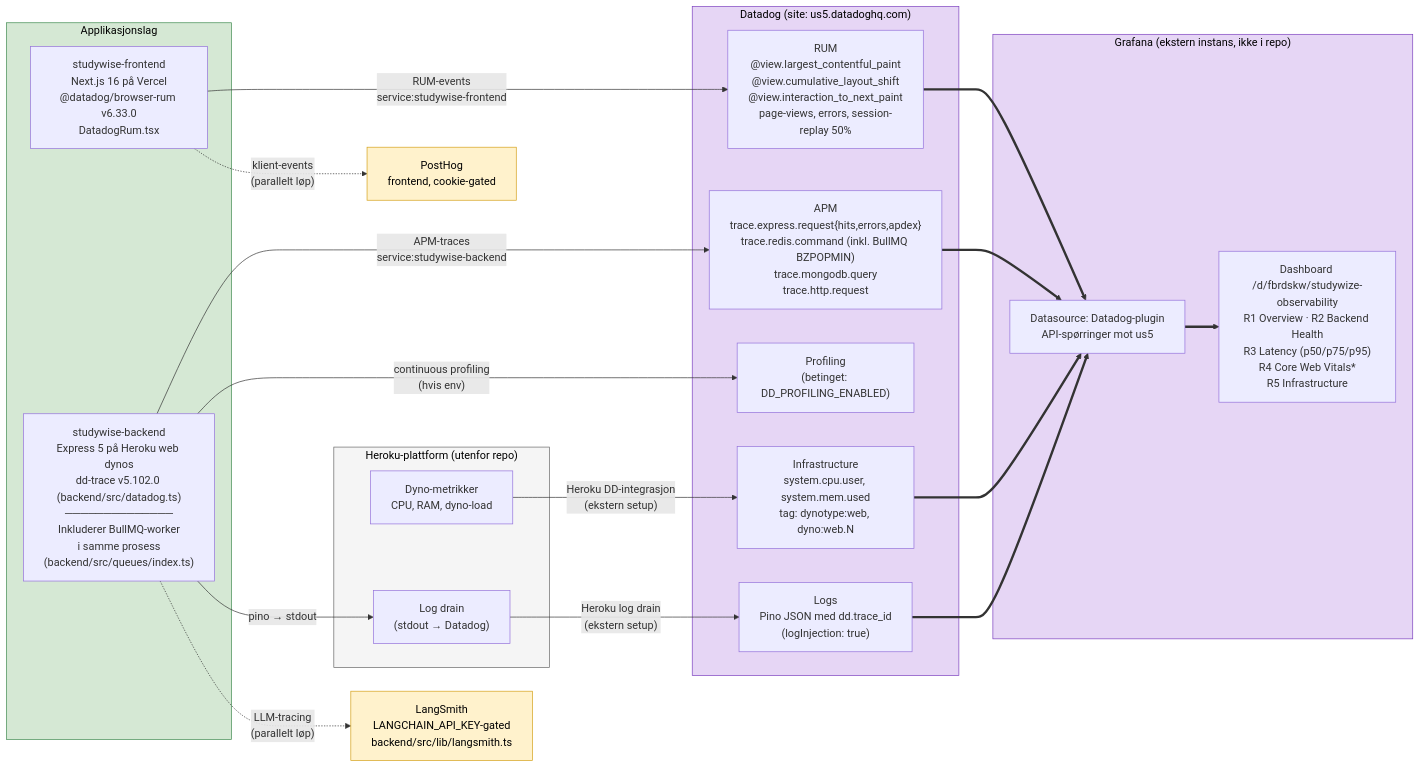
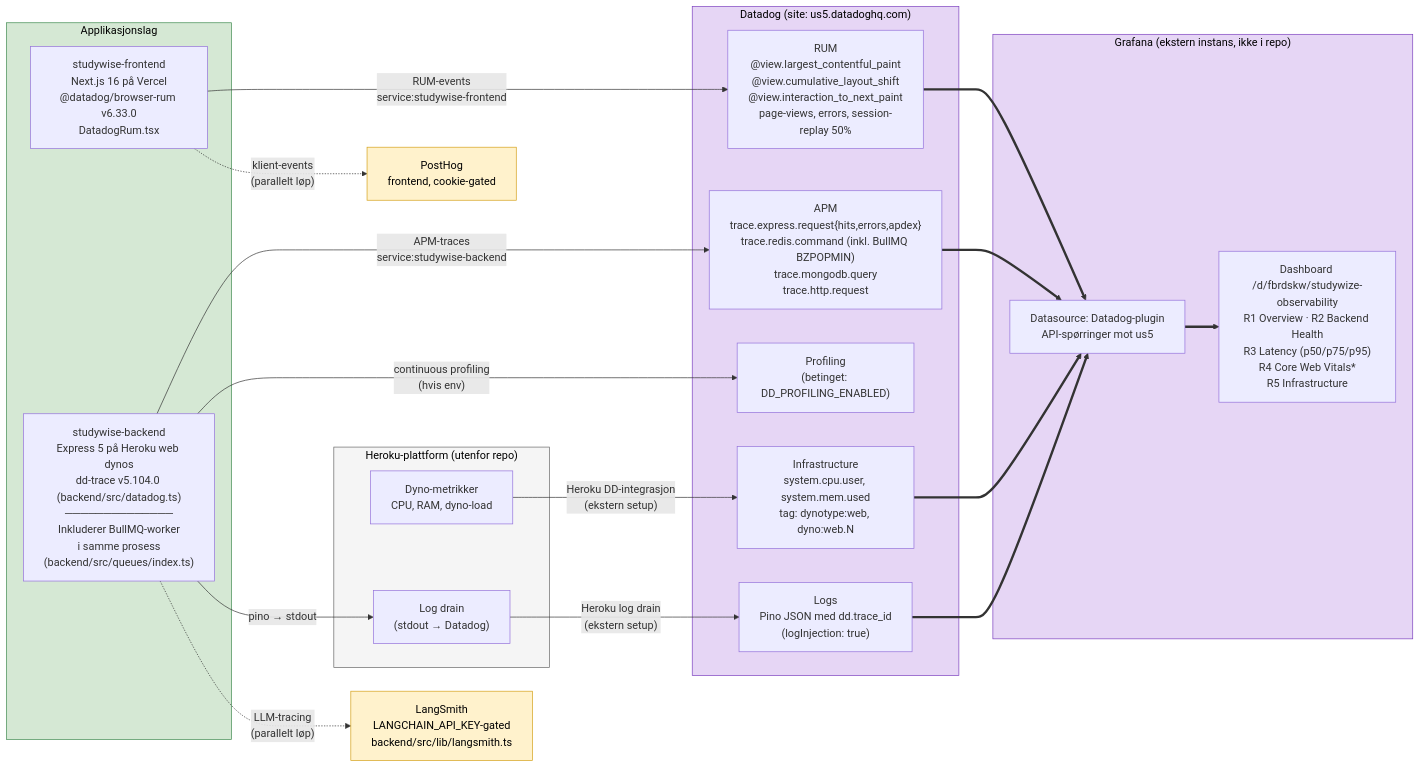
Before and after one commit to 26zl/StudyWise: the diagram in filer_prosjekt/diagrammer/21-observability-stack.md, drawn with Mermaid. The commit also changed other lines of this file and 8 other files, not shown here.

````diff
--- a/filer_prosjekt/diagrammer/21-observability-stack.md
+++ b/filer_prosjekt/diagrammer/21-observability-stack.md
@@ -11,52 +11,52 @@
 ```mermaid
 flowchart LR
     subgraph App["Applikasjonslag"]
         FE["studywise-frontend<br/>Next.js 16 på Vercel<br/>@datadog/browser-rum v6.33.0<br/>DatadogRum.tsx"]
-        BE["studywise-backend<br/>Express 5 på Heroku web dynos<br/>dd-trace v5.102.0 (backend/src/datadog.ts)<br/>──────────────<br/>Inkluderer BullMQ-worker<br/>i samme prosess<br/>(backend/src/queues/index.ts)"]
+        BE["studywise-backend<br/>Express 5 på Heroku web dynos<br/>dd-trace v5.104.0 (backend/src/datadog.ts)<br/>──────────────<br/>Inkluderer BullMQ-worker<br/>i samme prosess<br/>(backend/src/queues/index.ts)"]
     end
 
     subgraph HerokuPlat["Heroku-plattform (utenfor repo)"]
         DYNO["Dyno-metrikker<br/>CPU, RAM, dyno-load"]
         DRAIN["Log drain<br/>(stdout → Datadog)"]
     end
 
     subgraph DD["Datadog (site: us5.datadoghq.com)"]
         APM["APM<br/>trace.express.request{hits,errors,apdex}<br/>trace.redis.command (inkl. BullMQ BZPOPMIN)<br/>trace.mongodb.query<br/>trace.http.request"]
         RUM["RUM<br/>@view.largest_contentful_paint<br/>@view.cumulative_layout_shift<br/>@view.interaction_to_next_paint<br/>page-views, errors, session-replay 50%"]
         INFRA["Infrastructure<br/>system.cpu.user, system.mem.used<br/>tag: dynotype:web, dyno:web.N"]
         LOGS["Logs<br/>Pino JSON med dd.trace_id<br/>(logInjection: true)"]
         PROF["Profiling<br/>(betinget: DD_PROFILING_ENABLED)"]
     end
 
     subgraph GR["Grafana (ekstern instans, ikke i repo)"]
         DS["Datasource: Datadog-plugin<br/>API-spørringer mot us5"]
         DASH["Dashboard /d/fbrdskw/studywize-observability<br/>R1 Overview · R2 Backend Health<br/>R3 Latency (p50/p75/p95)<br/>R4 Core Web Vitals*<br/>R5 Infrastructure"]
     end
 
     LS["LangSmith<br/>LANGCHAIN_API_KEY-gated<br/>backend/src/lib/langsmith.ts"]:::ext
     PH["PostHog<br/>frontend, cookie-gated"]:::ext
 
     FE -->|"RUM-events<br/>service:studywise-frontend"| RUM
     BE -->|"APM-traces<br/>service:studywise-backend"| APM
     BE -->|"continuous profiling<br/>(hvis env)"| PROF
     BE -->|"pino → stdout"| DRAIN
     DRAIN -->|"Heroku log drain<br/>(ekstern setup)"| LOGS
     DYNO -->|"Heroku DD-integrasjon<br/>(ekstern setup)"| INFRA
 
     APM ==> DS
     RUM ==> DS
     INFRA ==> DS
     LOGS ==> DS
     DS ==> DASH
 
     BE -.->|"LLM-tracing<br/>(parallelt løp)"| LS
     FE -.->|"klient-events<br/>(parallelt løp)"| PH
 
     classDef ext fill:#fff2cc,stroke:#d4a017,color:#000
     classDef obs fill:#e6d6f5,stroke:#7b3fbf,color:#000
     classDef app fill:#d5e8d4,stroke:#3f8a4f,color:#000
     classDef plat fill:#f5f5f5,stroke:#666,color:#000
     class DD,GR obs
     class App app
     class HerokuPlat plat
 ```
````
